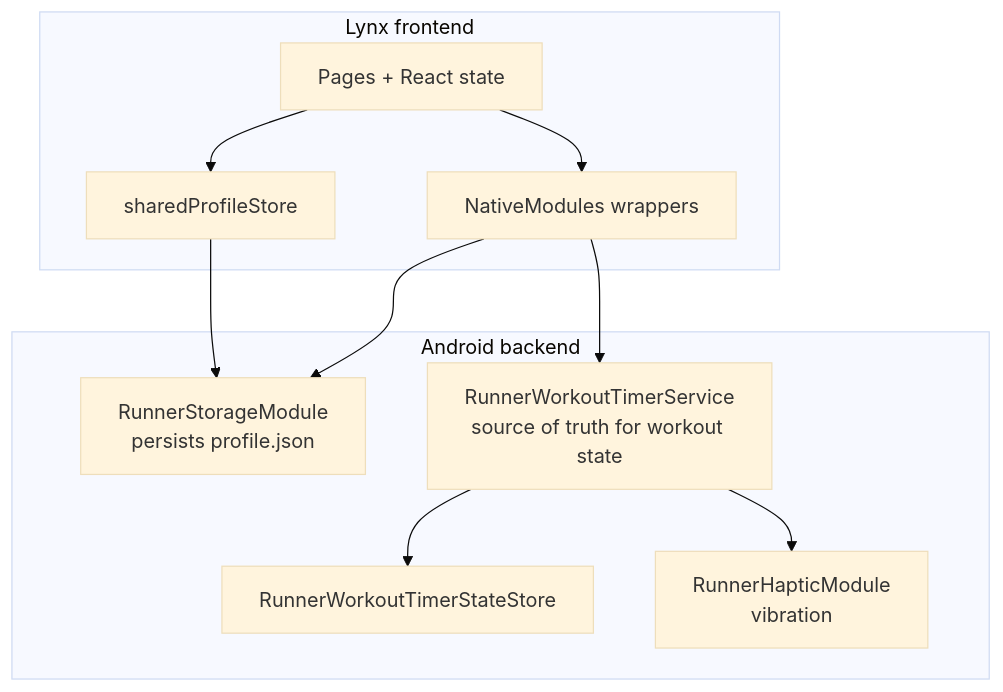
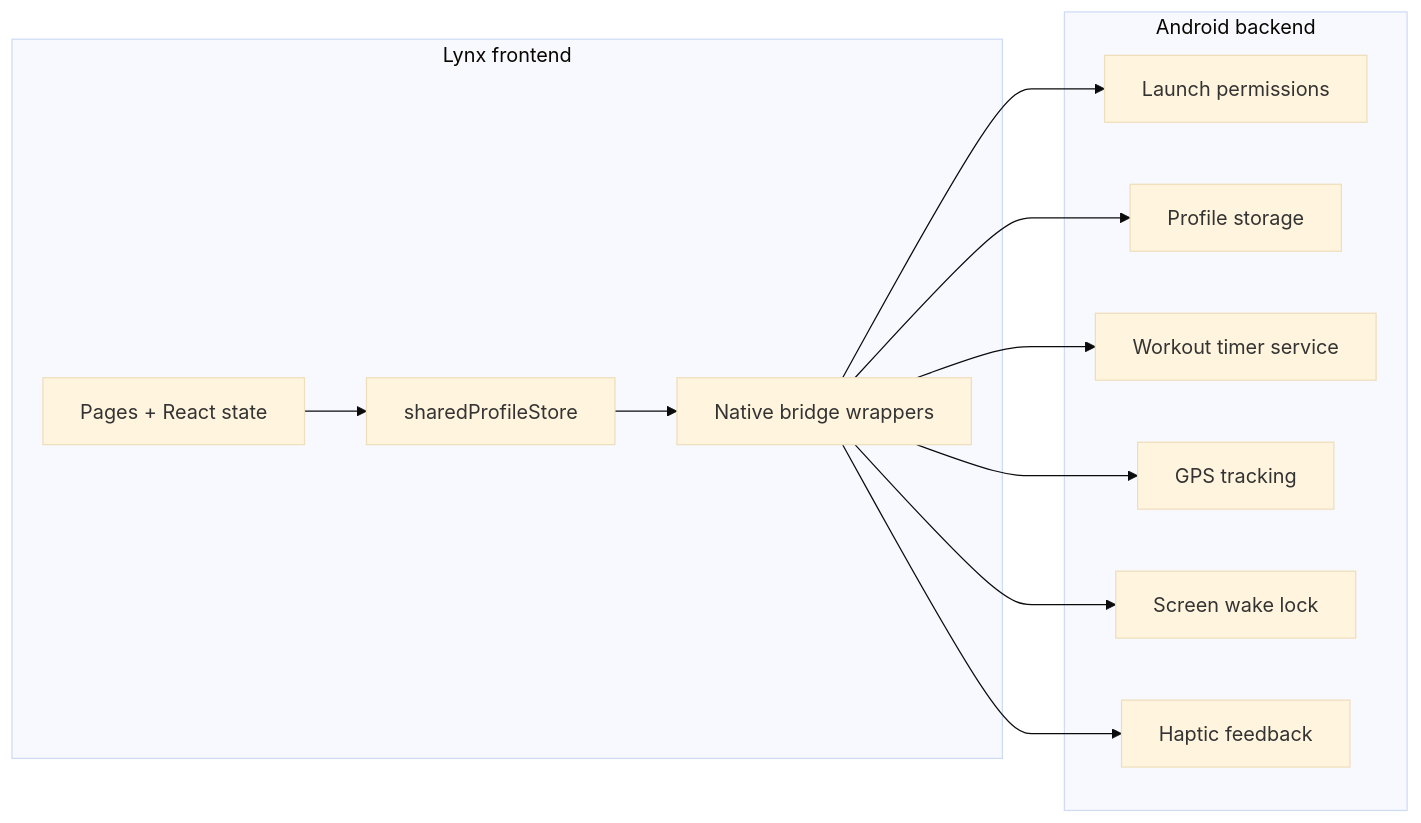
The diagram in README.md (ste163/runner), drawn with Mermaid (base theme) before and after one commit. The commit also changed other lines of this file, not shown here.

Commit message:
readme cleanup

````diff
--- a/README.md
+++ b/README.md
@@ -34,23 +34,26 @@
 ```mermaid
-flowchart TB
+flowchart LR
   subgraph Frontend[Lynx frontend]
     UI[Pages + React state]
     Stores[sharedProfileStore]
-    Bridges[NativeModules wrappers]
+    Bridges[Native bridge wrappers]
+    UI --> Stores
+    Stores --> Bridges
   end
 
   subgraph Backend[Android backend]
-    Storage[RunnerStorageModule\npersists profile.json]
-    TimerSvc[RunnerWorkoutTimerService\nsource of truth for workout state]
-    TimerState[RunnerWorkoutTimerStateStore]
-    HapticModule[RunnerHapticModule\nvibration]
+    Permissions[Launch permissions]
+    Storage[Profile storage]
+    Timer[Workout timer service]
+    GPS[GPS tracking]
+    Screen[Screen wake lock]
+    Haptics[Haptic feedback]
   end
 
-  UI --> Stores
-  UI --> Bridges
+  Bridges --> Permissions
   Bridges --> Storage
-  Bridges --> TimerSvc
-  TimerSvc --> TimerState
-  TimerSvc --> HapticModule
-  Stores --> Storage
+  Bridges --> Timer
+  Bridges --> GPS
+  Bridges --> Screen
+  Bridges --> Haptics
 ```
````
